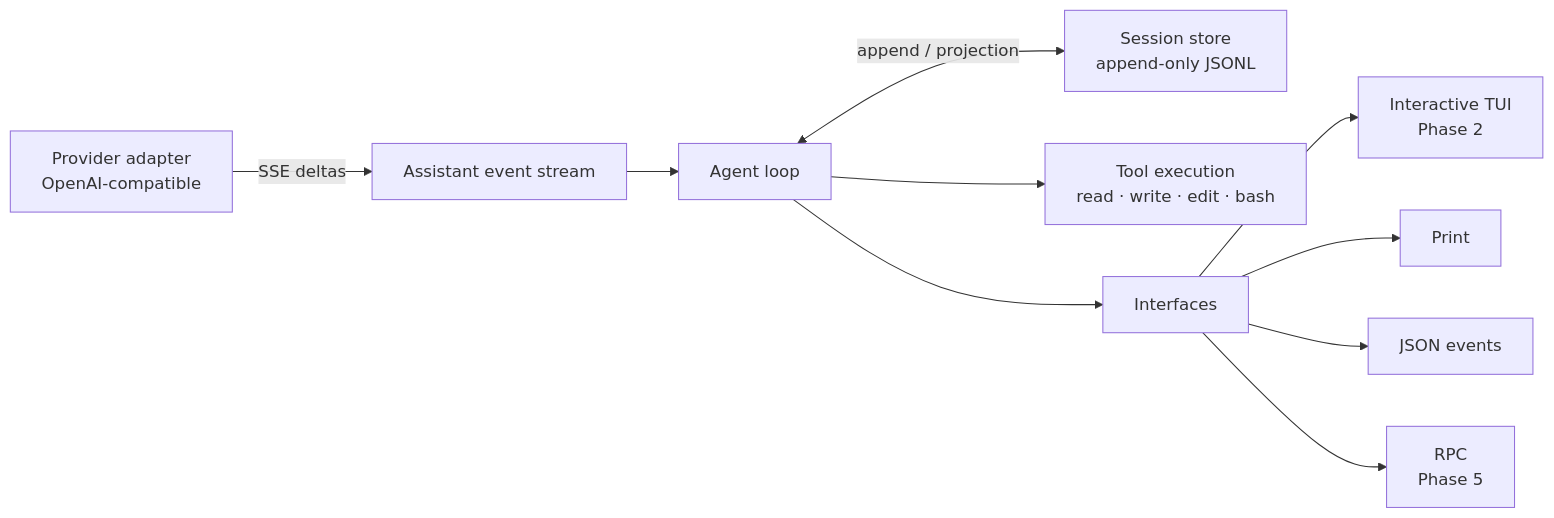
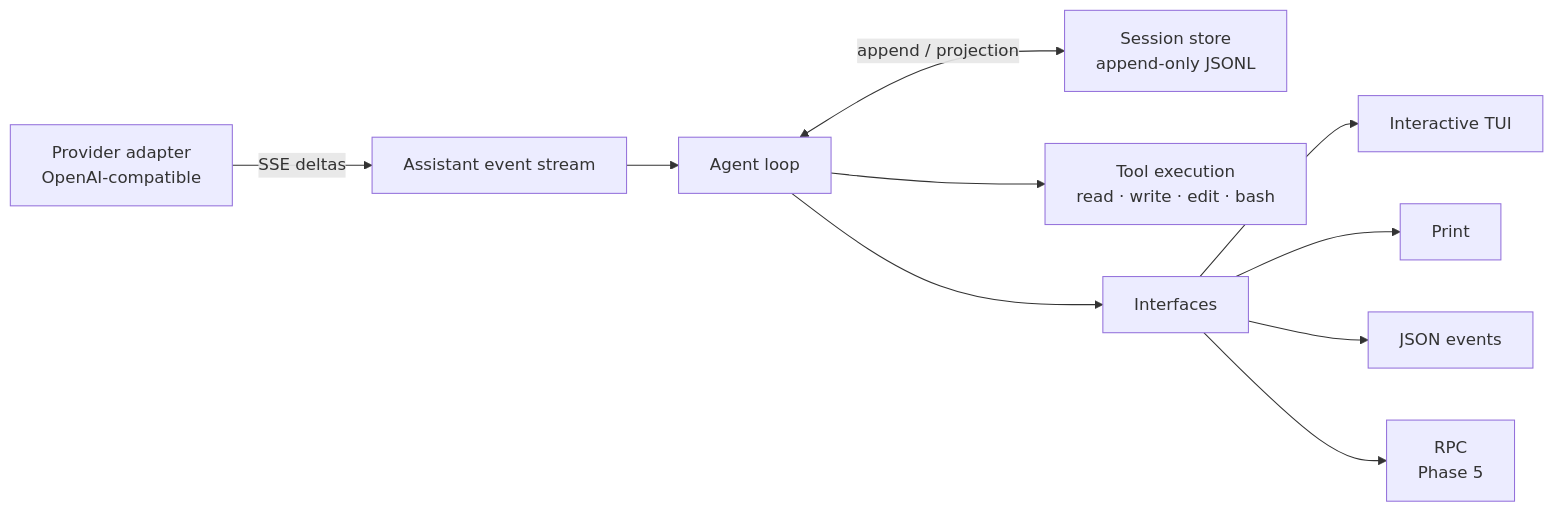
One commit to amardeepio/codie changed the first of 2 diagrams in README.md. Above: the diagram before and after it, drawn with Mermaid. The commit also changed other lines of this file and 3 other files, not shown here.

First line of the commit message:
docs: align README and architecture with 0.2.0

````diff
--- a/README.md
+++ b/README.md
@@ -49,12 +49,12 @@
 ```mermaid
 flowchart LR
     P["Provider adapter<br/>OpenAI-compatible"] -->|"SSE deltas"| S["Assistant event stream"]
     S --> L["Agent loop"]
     L <-->|"append / projection"| DB["Session store<br/>append-only JSONL"]
     L --> T["Tool execution<br/>read · write · edit · bash"]
     L --> M["Interfaces"]
-    M --> I["Interactive TUI<br/>Phase 2"]
+    M --> I["Interactive TUI"]
     M --> P1["Print"]
     M --> J["JSON events"]
     M --> R["RPC<br/>Phase 5"]
 ```
````
